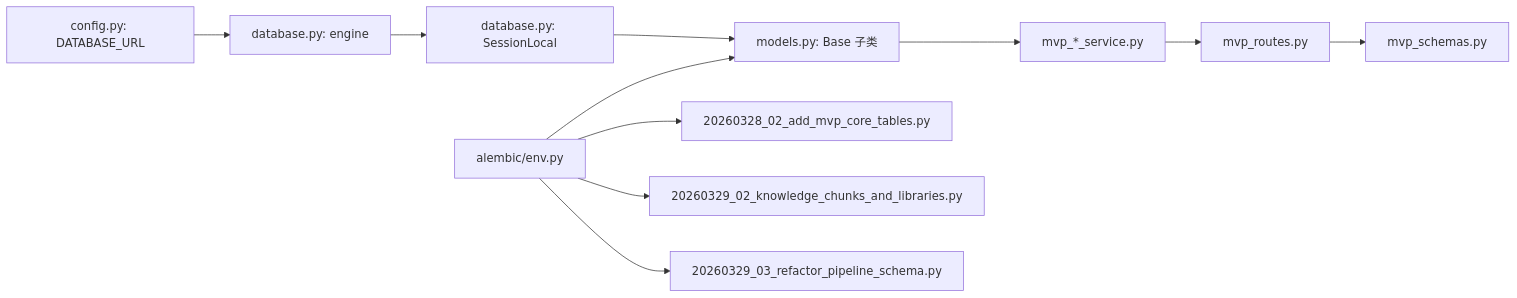
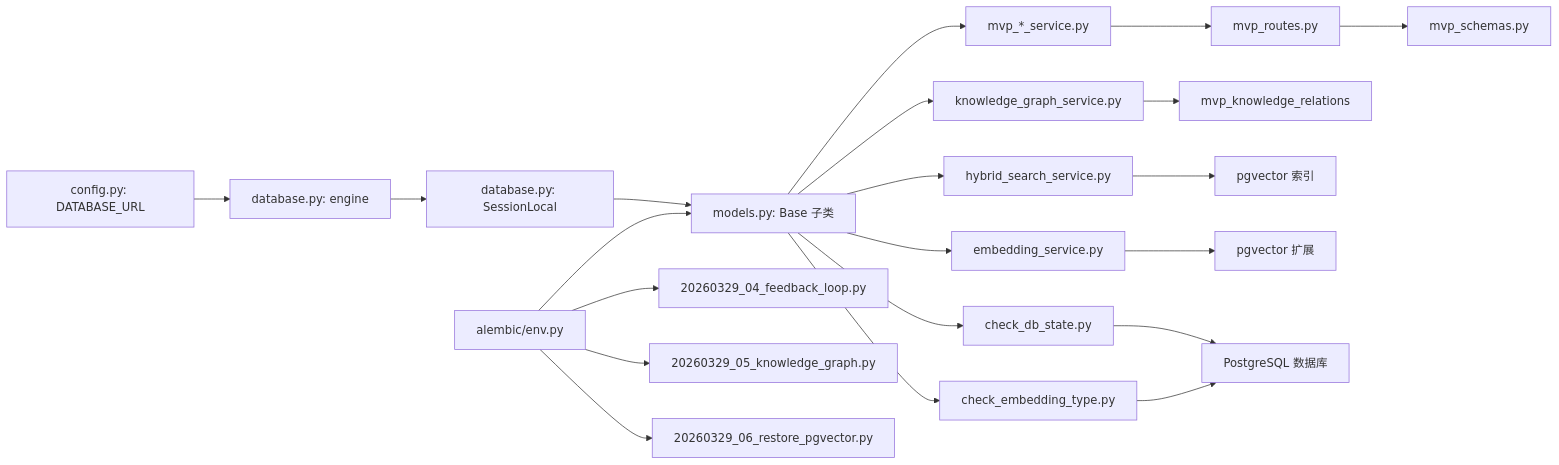
One commit to dream-ze/AI_huoke- changed the fifth of 6 diagrams in .qoder/repowiki/zh/content/数据库设计/数据库设计.md. Above: the diagram before and after it, drawn with Mermaid. The commit also changed other lines of this file and 220 other files, not shown here.

````diff
--- a/.qoder/repowiki/zh/content/数据库设计/数据库设计.md
+++ b/.qoder/repowiki/zh/content/数据库设计/数据库设计.md
@@ -439,13 +669,23 @@
 ```mermaid
 graph LR
 CFG["config.py: DATABASE_URL"] --> ENG["database.py: engine"]
 ENG --> SES["database.py: SessionLocal"]
 SES --> MODELS["models.py: Base 子类"]
 ENV["alembic/env.py"] --> MODELS
-ENV --> MVP_CORE["20260328_02_add_mvp_core_tables.py"]
-ENV --> MVP_KNOWLEDGE["20260329_02_knowledge_chunks_and_libraries.py"]
-ENV --> MVP_REFACTOR["20260329_03_refactor_pipeline_schema.py"]
+ENV --> FEEDBACK_MIG["20260329_04_feedback_loop.py"]
+ENV --> GRAPH_MIG["20260329_05_knowledge_graph.py"]
+ENV --> VECTOR_MIG["20260329_06_restore_pgvector.py"]
 MODELS --> MVP_SERVICES["mvp_*_service.py"]
+MODELS --> KG_SERVICE["knowledge_graph_service.py"]
+MODELS --> HYBRID_SEARCH["hybrid_search_service.py"]
+MODELS --> EMB_SERVICE["embedding_service.py"]
+MODELS --> DB_CHECK["check_db_state.py"]
+MODELS --> TYPE_CHECK["check_embedding_type.py"]
 MVP_SERVICES --> MVP_ROUTES["mvp_routes.py"]
 MVP_ROUTES --> MVP_SCHEMAS["mvp_schemas.py"]
+KG_SERVICE --> KNOWLEDGE_RELATIONS["mvp_knowledge_relations"]
+HYBRID_SEARCH --> VECTOR_INDEXES["pgvector 索引"]
+EMB_SERVICE --> PGVECTOR_EXT["pgvector 扩展"]
+DB_CHECK --> POSTGRES_DB["PostgreSQL 数据库"]
+TYPE_CHECK --> POSTGRES_DB
 ```
````
